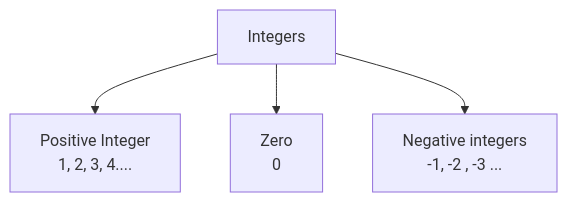
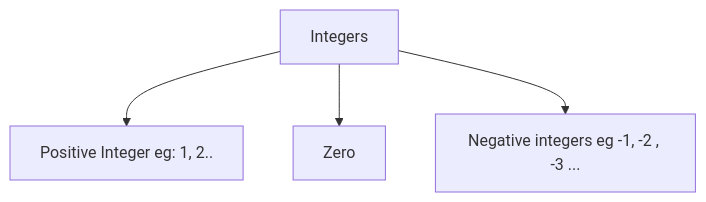
The diagram in Arithmetic.md (itsmeuttu/Mathematics), drawn with Mermaid before and after one commit.

Commit message:
mermaid fix

````diff
--- a/Arithmetic.md
+++ b/Arithmetic.md
@@ -19,9 +19,6 @@
 ```mermaid
 flowchart TB
-A[Integers] --> B[Positive Integer
-1, 2, 3, 4....]
-A --> C[Zero 
-0]
-A --> D[Negative integers
--1, -2 , -3 ...]
+A[Integers] --> B[Positive Integer eg: 1, 2..]
+A --> C[Zero]
+A --> D[Negative integers eg -1, -2 , -3 ...]
 ```
````
